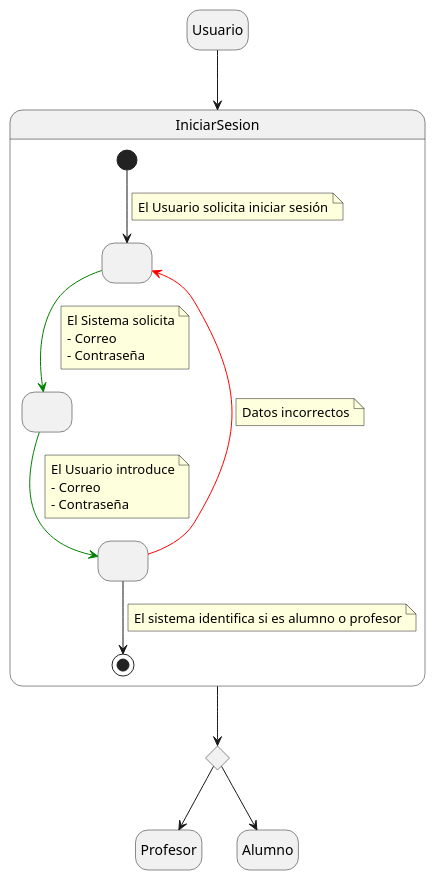
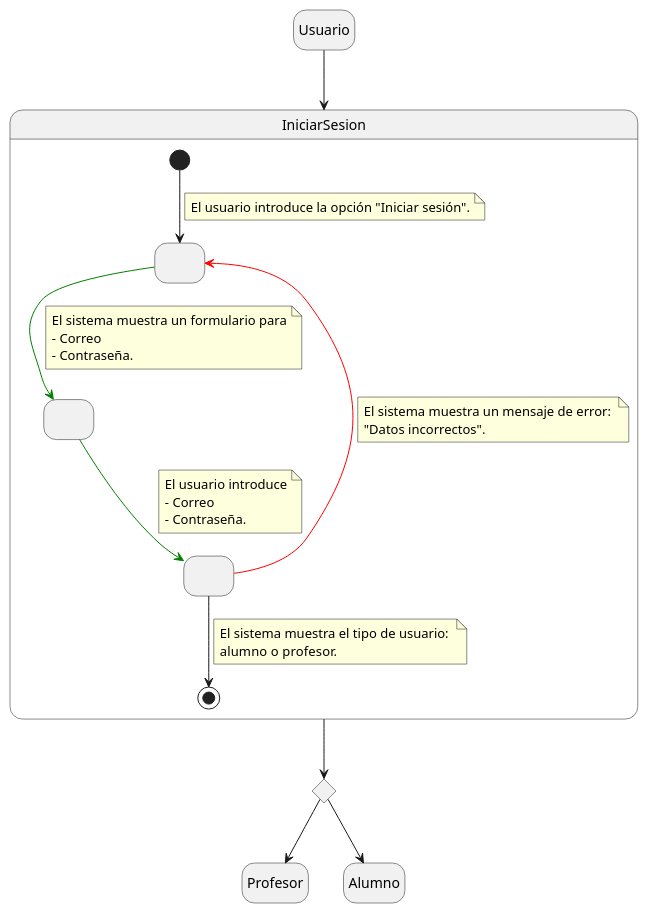
The diagram in Documentos/DetallarCasosDeUso/IniciarSesion.puml (mmasias/24-25-IdSw1-SDR), drawn with PlantUML before and after one commit. The commit also changed 3 other files, not shown here.

```diff
--- a/Documentos/DetallarCasosDeUso/IniciarSesion.puml
+++ b/Documentos/DetallarCasosDeUso/IniciarSesion.puml
@@ -1,48 +1,49 @@
 @startuml IniciarSesion
 
 hide empty description
 
 state Usuario
-state IniciarSesion{
+state IniciarSesion {
     state " " as Estado1
     state " " as Estado2
     state " " as Estado3
 
     [*] --> Estado1
     note on link
-        El Usuario solicita iniciar sesión
+        El usuario introduce la opción "Iniciar sesión".
     end note
     Estado1 -[#green]-> Estado2
     note on link
-        El Sistema solicita
+        El sistema muestra un formulario para
         - Correo
-        - Contraseña
+        - Contraseña.
     end note
     Estado2 -[#green]-> Estado3
     note on link
-        El Usuario introduce
+        El usuario introduce
         - Correo
-        - Contraseña
+        - Contraseña.
     end note
     Estado3 --> [*]
     note on link
-        El sistema identifica si es alumno o profesor
+        El sistema muestra el tipo de usuario: 
+        alumno o profesor.
     end note
 
     Estado3 -[#red]-> Estado1
     note on link
-        Datos incorrectos
+        El sistema muestra un mensaje de error: 
+        "Datos incorrectos".
     end note
 }
 state rombo <<choice>>
 state Profesor
 state Alumno
-
 
 Usuario --> IniciarSesion
 IniciarSesion --> rombo
 
 rombo --> Profesor
 rombo --> Alumno
 
 @enduml
```
